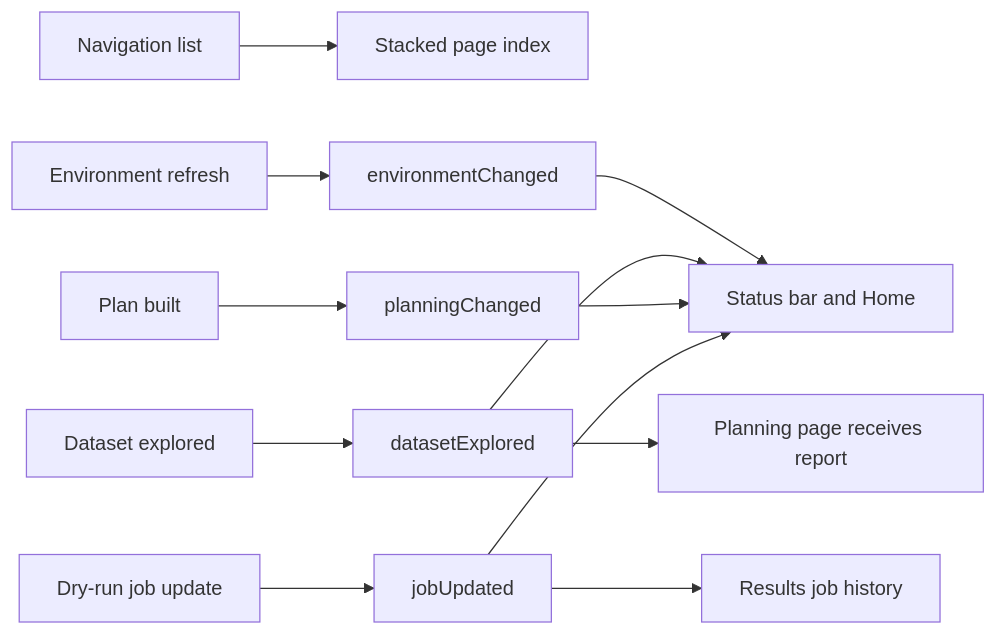
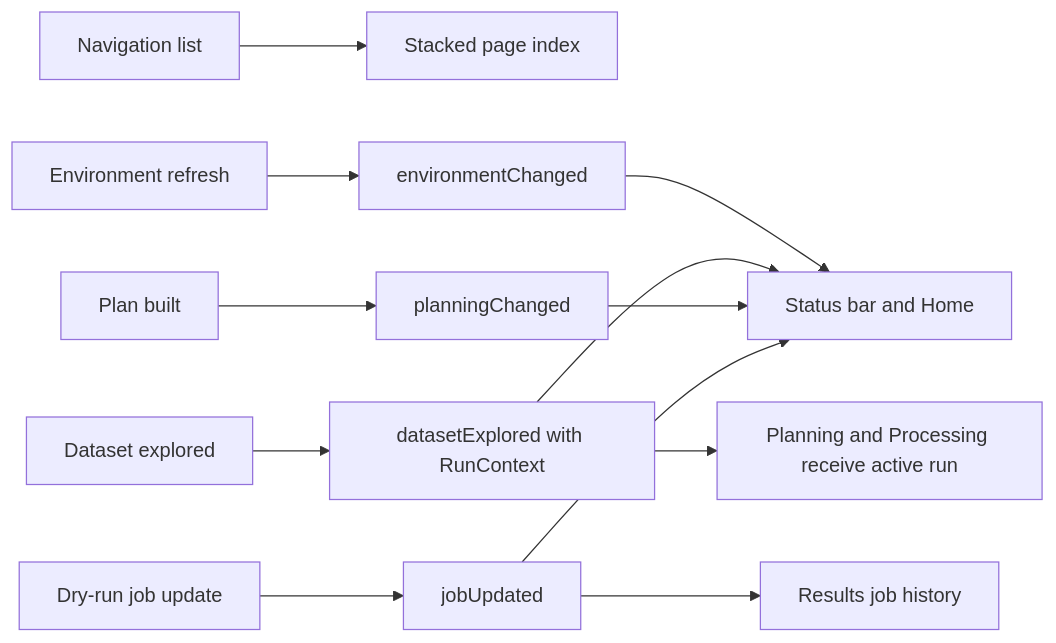
Before and after one commit to sticholas/pyforestscan-qgis: the second of 2 diagrams in docs/ui/MISSION_CONTROL.md, drawn with Mermaid. The commit also changed other lines of this file and 14 other files, not shown here.

````diff
--- a/docs/ui/MISSION_CONTROL.md
+++ b/docs/ui/MISSION_CONTROL.md
@@ -48,14 +50,14 @@
 ```mermaid
 flowchart LR
     A["Navigation list"] --> B["Stacked page index"]
     C["Environment refresh"] --> D["environmentChanged"]
-    E["Dataset explored"] --> F["datasetExplored"]
-    F --> G["Planning page receives report"]
+    E["Dataset explored"] --> F["datasetExplored with RunContext"]
+    F --> G["Planning and Processing receive active run"]
     H["Plan built"] --> I["planningChanged"]
     K["Dry-run job update"] --> L["jobUpdated"]
     D --> J["Status bar and Home"]
     F --> J
     I --> J
     L --> J
     L --> M["Results job history"]
 ```
````
